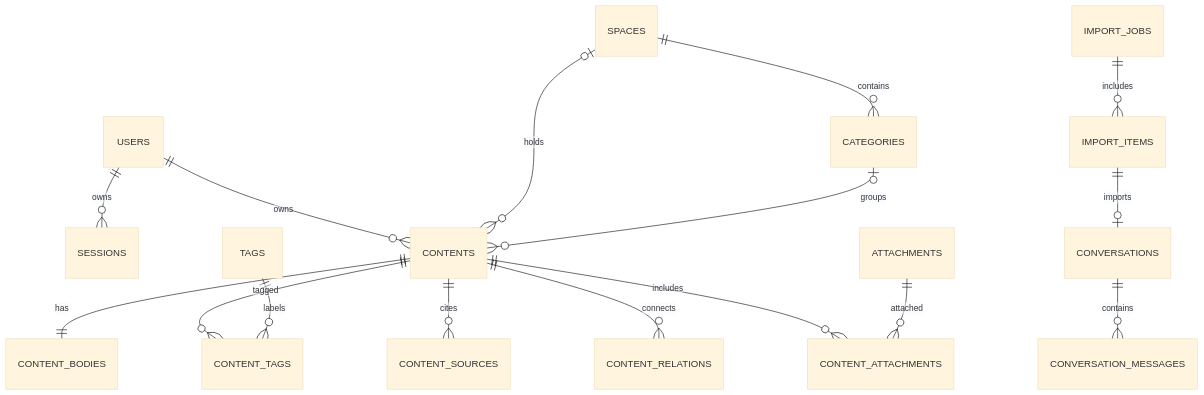
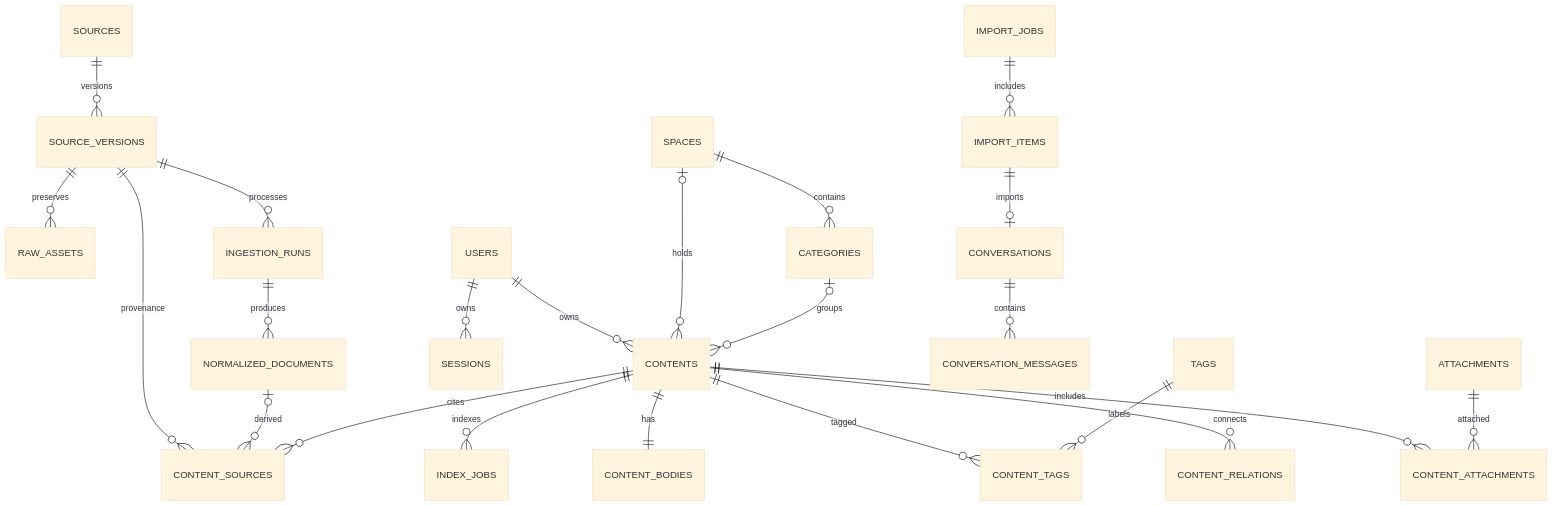
The first of 7 diagrams in docs/architecture/DATABASE-DESIGN.md (marineyulxl/Luma), drawn with Mermaid (base theme) before and after one commit. The commit also changed other lines of this file and 82 other files, not shown here.

````diff
--- a/docs/architecture/DATABASE-DESIGN.md
+++ b/docs/architecture/DATABASE-DESIGN.md
@@ -13,18 +21,25 @@
 ```mermaid
 erDiagram
+    SOURCES ||--o{ SOURCE_VERSIONS : versions
+    SOURCE_VERSIONS ||--o{ RAW_ASSETS : preserves
+    SOURCE_VERSIONS ||--o{ INGESTION_RUNS : processes
+    INGESTION_RUNS ||--o{ NORMALIZED_DOCUMENTS : produces
+    SOURCE_VERSIONS ||--o{ CONTENT_SOURCES : provenance
+    NORMALIZED_DOCUMENTS o|--o{ CONTENT_SOURCES : derived
+    CONTENTS ||--o{ INDEX_JOBS : indexes
     USERS ||--o{ SESSIONS : owns
     USERS ||--o{ CONTENTS : owns
     SPACES ||--o{ CATEGORIES : contains
     SPACES o|--o{ CONTENTS : holds
     CATEGORIES o|--o{ CONTENTS : groups
     CONTENTS ||--|| CONTENT_BODIES : has
     CONTENTS ||--o{ CONTENT_TAGS : tagged
     TAGS ||--o{ CONTENT_TAGS : labels
     CONTENTS ||--o{ CONTENT_SOURCES : cites
     CONTENTS ||--o{ CONTENT_RELATIONS : connects
     IMPORT_JOBS ||--o{ IMPORT_ITEMS : includes
     IMPORT_ITEMS ||--o| CONVERSATIONS : imports
     CONVERSATIONS ||--o{ CONVERSATION_MESSAGES : contains
     CONTENTS ||--o{ CONTENT_ATTACHMENTS : includes
     ATTACHMENTS ||--o{ CONTENT_ATTACHMENTS : attached
 ```
````
